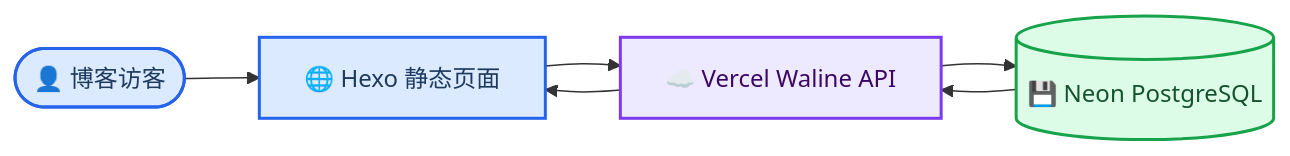
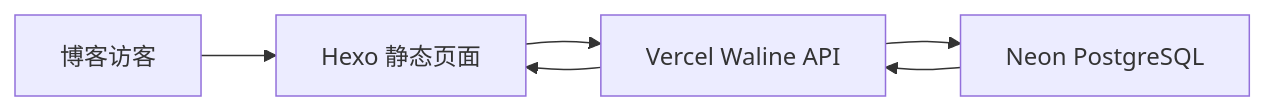
One commit to Antonalia/antonalia.github.io changed the diagram in source/_posts/Hexo-Fluid-Waline-comments-pageview.md. Above: the diagram before and after it, drawn with Mermaid.

Commit message:
fix: simplify Mermaid diagram syntax

````diff
--- a/source/_posts/Hexo-Fluid-Waline-comments-pageview.md
+++ b/source/_posts/Hexo-Fluid-Waline-comments-pageview.md
@@ -26,16 +26,8 @@
 ```mermaid
-flowchart LR
-    visitor([👤 博客访客]) --> hexo[🌐 Hexo 静态页面]
-    hexo --> vercel[☁️ Vercel Waline API]
-    vercel --> neon[(💾 Neon PostgreSQL)]
+graph LR
+    visitor[博客访客] --> hexo[Hexo 静态页面]
+    hexo --> vercel[Vercel Waline API]
+    vercel --> neon[Neon PostgreSQL]
     neon --> vercel
     vercel --> hexo
-
-    classDef page fill:#dbeafe,stroke:#2563eb,stroke-width:2px,color:#1e3a5f
-    classDef service fill:#ede9fe,stroke:#7c3aed,stroke-width:2px,color:#3b0764
-    classDef storage fill:#dcfce7,stroke:#16a34a,stroke-width:2px,color:#14532d
-
-    class visitor,hexo page
-    class vercel service
-    class neon storage
 ```
````
